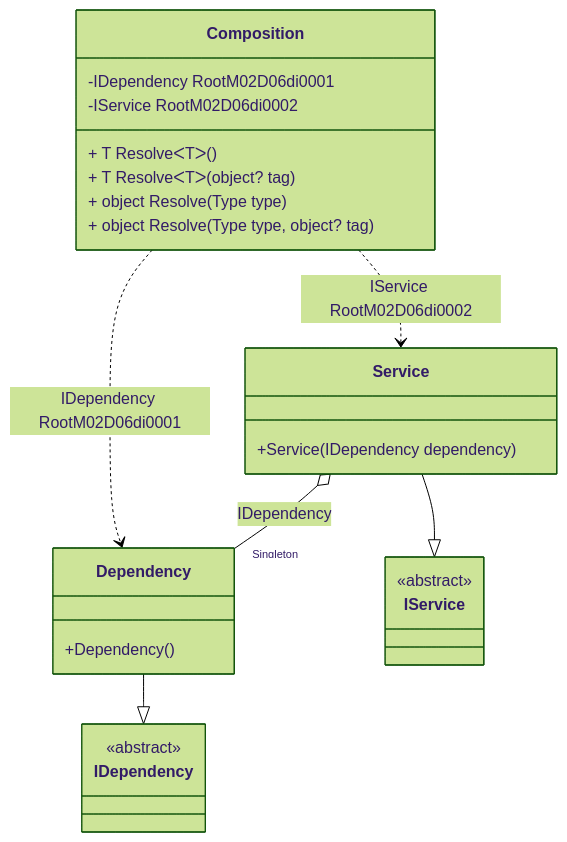
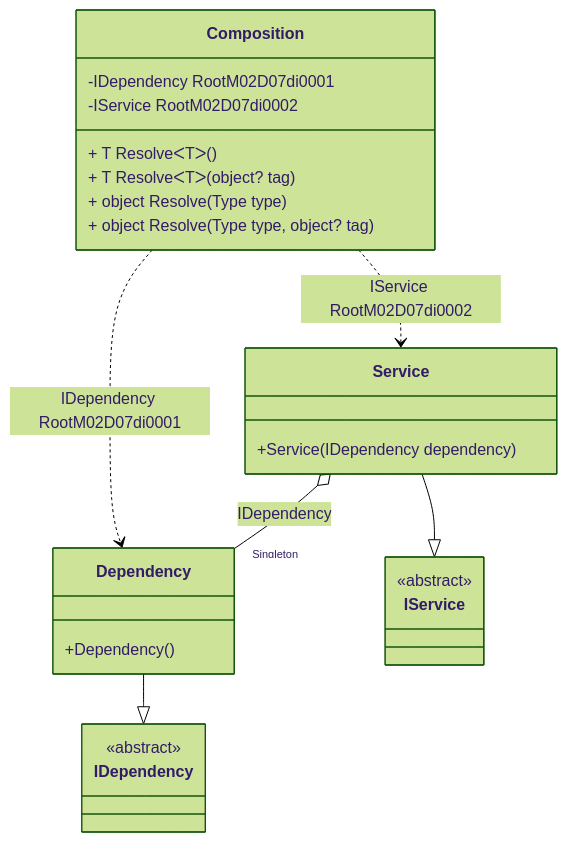
One commit to DevTeam/Pure.DI changed the diagram in readme/service-collection.md. Above: the diagram before and after it, drawn with Mermaid (forest theme). The commit also changed other lines of this file and 65 other files, not shown here.

````diff
--- a/readme/service-collection.md
+++ b/readme/service-collection.md
@@ -47,28 +47,28 @@
 ```mermaid
 classDiagram
   class Composition {
-    -IDependency RootM02D06di0001
-    -IService RootM02D06di0002
+    -IDependency RootM02D07di0001
+    -IService RootM02D07di0002
     + T ResolveᐸTᐳ()
     + T ResolveᐸTᐳ(object? tag)
     + object Resolve(Type type)
     + object Resolve(Type type, object? tag)
   }
   Dependency --|> IDependency : 
   class Dependency {
     +Dependency()
   }
   Service --|> IService : 
   class Service {
     +Service(IDependency dependency)
   }
   class IDependency {
     <<abstract>>
   }
   class IService {
     <<abstract>>
   }
   Service o--  "Singleton" Dependency : IDependency
-  Composition ..> Dependency : IDependency RootM02D06di0001
-  Composition ..> Service : IService RootM02D06di0002
+  Composition ..> Dependency : IDependency RootM02D07di0001
+  Composition ..> Service : IService RootM02D07di0002
 ```
````
